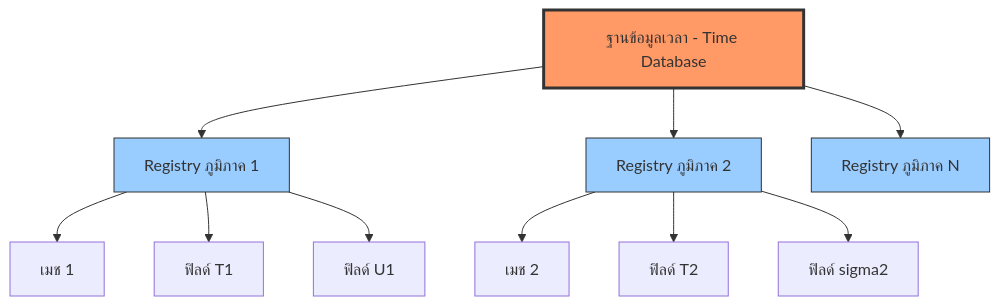
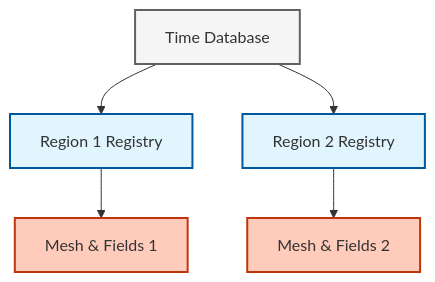
Before and after one commit to wramet/build-my-cfd: the diagram in MODULE_06_ADVANCED_PHYSICS/CONTENT/02_COUPLED_PHYSICS/00_Overview.md, drawn with Mermaid. The commit also changed 313 other files, not shown here.

Commit message:
Revise all diagram

````diff
--- a/MODULE_06_ADVANCED_PHYSICS/CONTENT/02_COUPLED_PHYSICS/00_Overview.md
+++ b/MODULE_06_ADVANCED_PHYSICS/CONTENT/02_COUPLED_PHYSICS/00_Overview.md
@@ -266,19 +266,16 @@
 ```mermaid
 graph TD
-    A[ฐานข้อมูลเวลา - Time Database] --> B[Registry ภูมิภาค 1]
-    A --> C[Registry ภูมิภาค 2]
-    A --> D[Registry ภูมิภาค N]
+classDef implicit fill:#e1f5fe,stroke:#01579b,stroke-width:2px
+classDef explicit fill:#ffccbc,stroke:#bf360c,stroke-width:2px
+classDef context fill:#f5f5f5,stroke:#616161,stroke-width:2px
+DB["Time Database"]:::context
+R1["Region 1 Registry"]:::implicit
+R2["Region 2 Registry"]:::implicit
+Obj1["Mesh & Fields 1"]:::explicit
+Obj2["Mesh & Fields 2"]:::explicit
 
-    B --> B1[เมช 1]
-    B --> B2[ฟิลด์ T1]
-    B --> B3[ฟิลด์ U1]
-
-    C --> C1[เมช 2]
-    C --> C2[ฟิลด์ T2]
-    C --> C3[ฟิลด์ sigma2]
-
-    style A fill:#f96,stroke:#333,stroke-width:3px
-    style B fill:#9cf,stroke:#333
-    style C fill:#9cf,stroke:#333
-    style D fill:#9cf,stroke:#333
+DB --> R1
+DB --> R2
+R1 --> Obj1
+R2 --> Obj2
 ```
````
